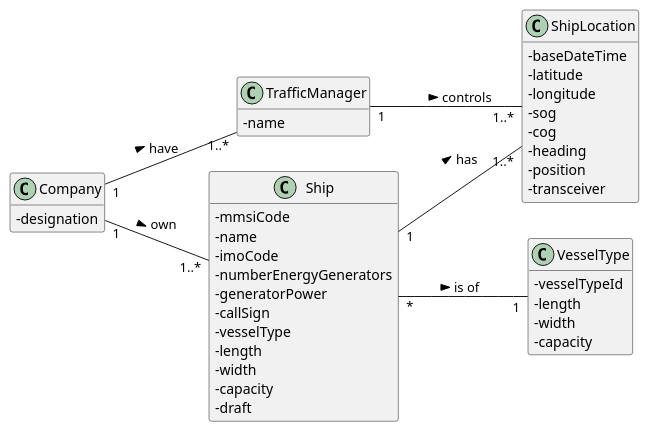
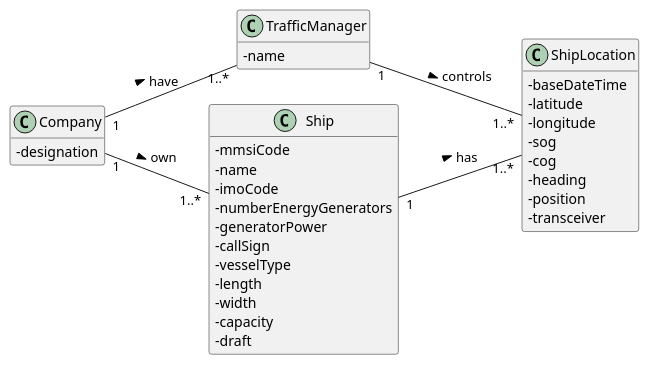
One commit to 0franciscor/lapr3-2021-g042 changed the diagram in docs/US101/US101_DM.puml. Above: the diagram before and after it, drawn with PlantUML. The commit also changed 5 other files, not shown here.

```diff
--- a/docs/US101/US101_DM.puml
+++ b/docs/US101/US101_DM.puml
@@ -1,56 +1,48 @@
 @startuml
 
 hide methods
 left to right direction
 skinparam classAttributeIconSize 0
 
 class Company {
 -designation
 }
 
 class TrafficManager {
 -name
 }
 
 class Ship {
 -mmsiCode
 -name
 -imoCode
 -numberEnergyGenerators
 -generatorPower
 -callSign
 -vesselType
 -length
 -width
 -capacity
 -draft
 }
 
 class ShipLocation {
 -baseDateTime
 -latitude
 -longitude
 -sog
 -cog
 -heading
 -position
 -transceiver
 }
 
-class VesselType {
--vesselTypeId
--length
--width
--capacity
-}
+Company "1"--"1..*" Ship: own >
 
-Company "1"--"1..*" Ship: own >
 Company "1"--"1..*" TrafficManager: have >
 
 Ship "1" -- "1..*" ShipLocation : has >
 
 TrafficManager "1" -- "1..*" ShipLocation : controls >
 
-Ship "*" -- "1" VesselType : is of >
-
 @enduml
```
